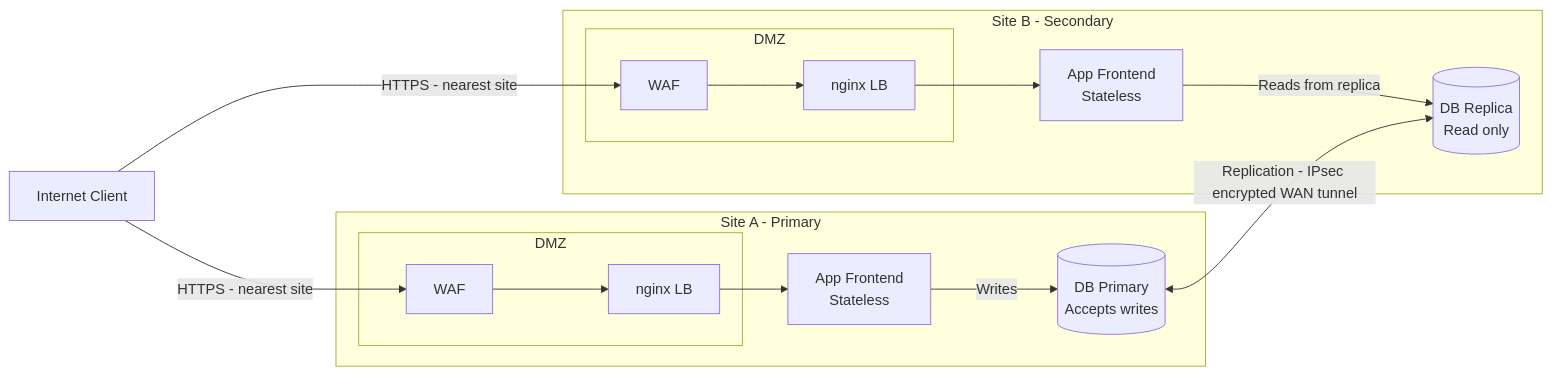
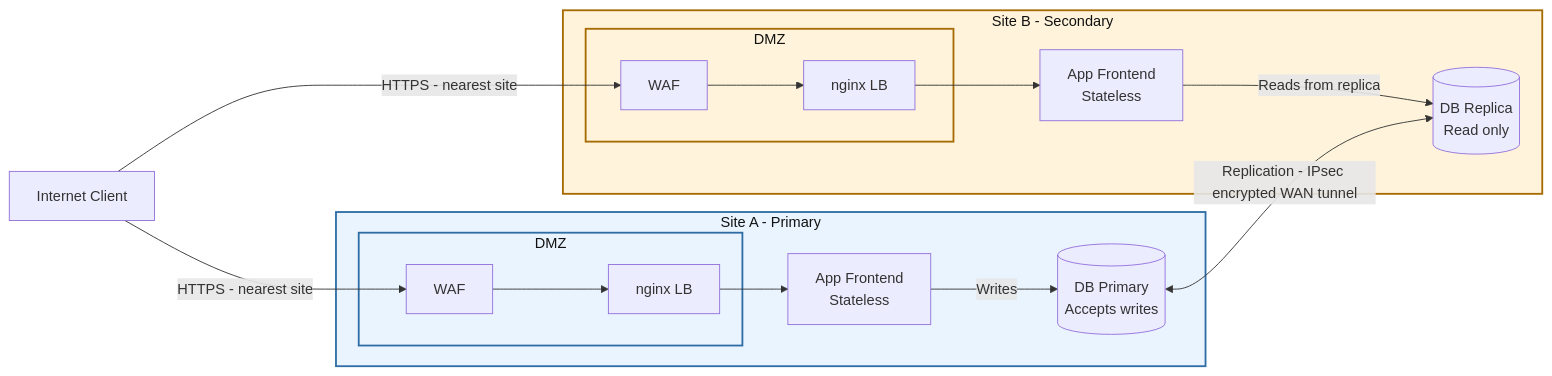
Before and after one commit to pancakesaregood/distributed-dc: the fifth of 5 diagrams in network-spanned-dc/docs/03_diagrams/published_apps_flow.mmd.md, drawn with Mermaid. The commit also changed other lines of this file and 11 other files, not shown here.

Commit message:
diagram beautification

````diff
--- a/network-spanned-dc/docs/03_diagrams/published_apps_flow.mmd.md
+++ b/network-spanned-dc/docs/03_diagrams/published_apps_flow.mmd.md
@@ -171,33 +181,38 @@
 ```mermaid
 graph LR
 
   INET2["Internet Client"]
 
   subgraph SA2[Site A - Primary]
     subgraph DMZSA2[DMZ]
       WAFP["WAF"]
       LBP["nginx LB"]
     end
     APPP["App Frontend<br/>Stateless"]
     DBP[("DB Primary<br/>Accepts writes")]
   end
 
   subgraph SB2[Site B - Secondary]
     subgraph DMZSB2[DMZ]
       WAFR["WAF"]
       LBR["nginx LB"]
     end
     APPR["App Frontend<br/>Stateless"]
     DBR[("DB Replica<br/>Read only")]
   end
 
   INET2 -->|HTTPS - nearest site| WAFP
   WAFP --> LBP --> APPP
   APPP -->|Writes| DBP
 
   INET2 -->|HTTPS - nearest site| WAFR
   WAFR --> LBR --> APPR
   APPR -->|Reads from replica| DBR
 
   DBP <-->|"Replication - IPsec encrypted WAN tunnel"| DBR
+
+  style SA2 fill:#EAF4FF,stroke:#2E6DA4,stroke-width:2px,color:#111111
+  style DMZSA2 fill:#EAF4FF,stroke:#2E6DA4,stroke-width:2px,color:#111111
+  style SB2 fill:#FFF4DB,stroke:#A56A00,stroke-width:2px,color:#111111
+  style DMZSB2 fill:#FFF4DB,stroke:#A56A00,stroke-width:2px,color:#111111
 ```
````
